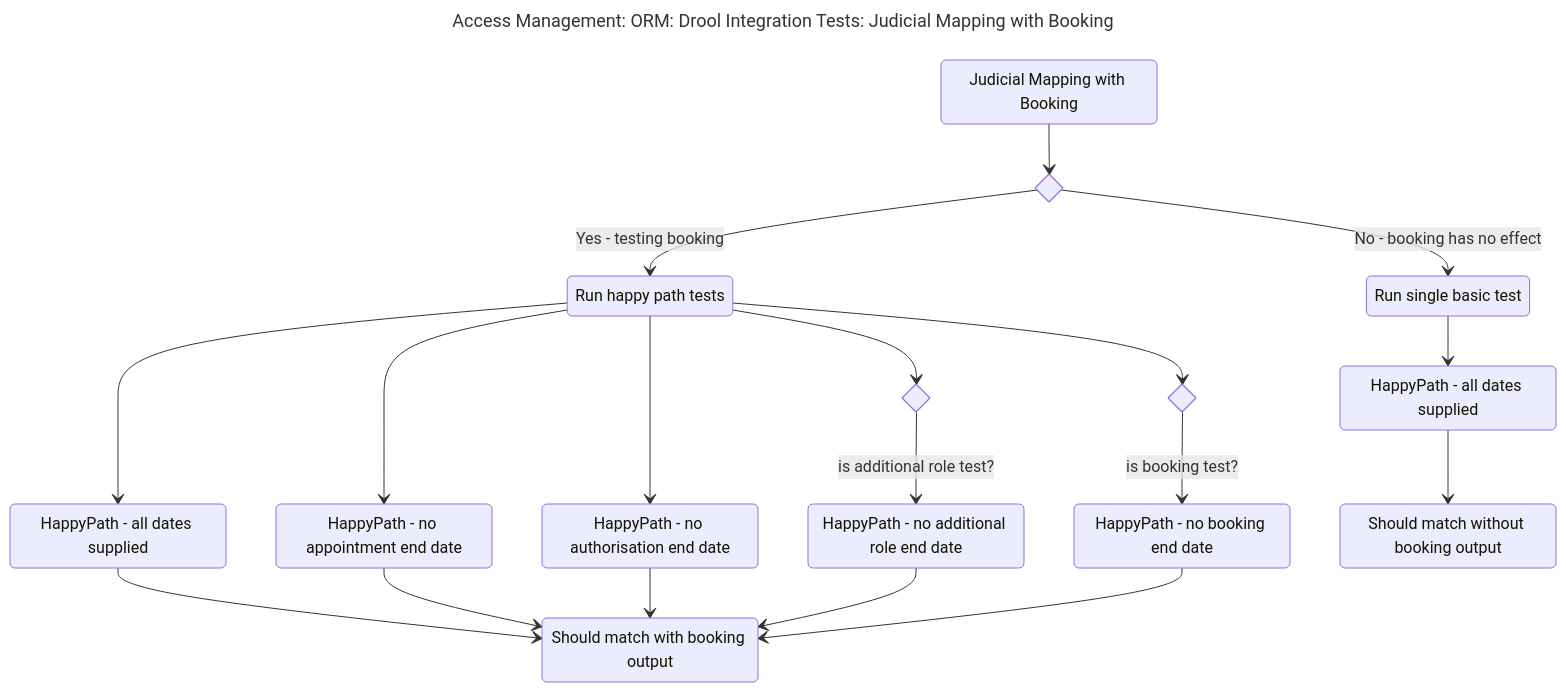
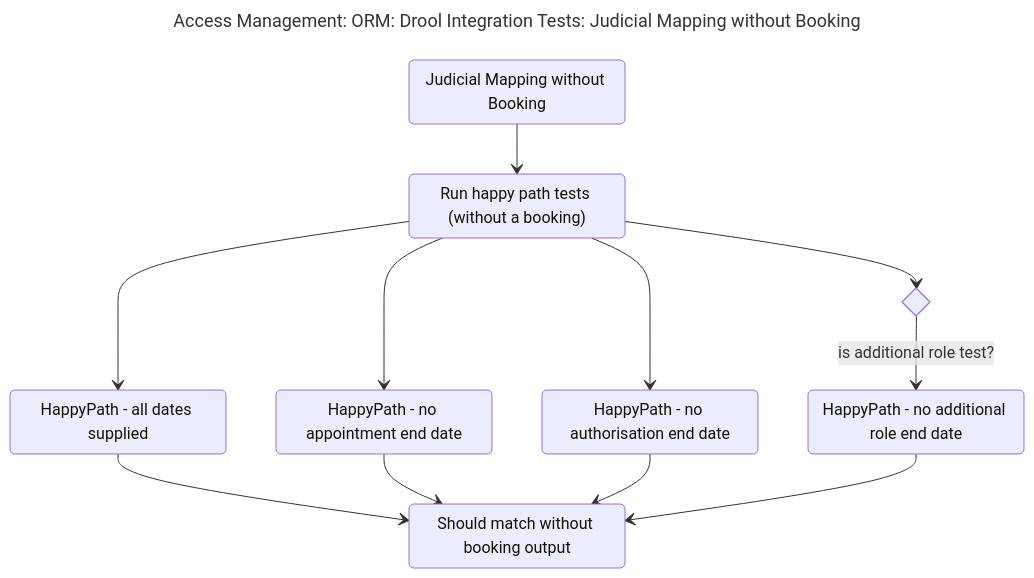
Before and after one commit to hmcts/am-org-role-mapping-service: the first of 3 diagrams in src/integrationTest/resources/DroolTests/README.md, drawn with Mermaid.

Commit message:
DTSAM-604 Adjust README for Drool IT framework
   [DTSAM-604](https://tools.hmcts.net/jira/browse/DTSAM-604)

Adjust README for Drool Integration Tests framework.

````diff
--- a/src/integrationTest/resources/DroolTests/README.md
+++ b/src/integrationTest/resources/DroolTests/README.md
@@ -8,54 +8,37 @@
 ```mermaid
 ---
-title: "Access Management: ORM: Drool Integration Tests: Judicial Mapping with Booking"
+title: "Access Management: ORM: Drool Integration Tests: Judicial Mapping without Booking"
 ---
 stateDiagram-v2
 
-    MappingTests ::: test : Judicial Mapping with Booking
+    MappingTests ::: test : Judicial Mapping without Booking
 
-    RunHappyPaths ::: testRun : Run happy path tests
-    RunBasicTest ::: testRun : Run single basic test
+    RunHappyPaths ::: testRun : Run happy path tests (without a booking)
 
     HappyPath1 ::: scenario : HappyPath - all dates supplied 
     HappyPath2 ::: scenario : HappyPath - no appointment end date
     HappyPath3 ::: scenario : HappyPath - no authorisation end date
     HappyPath4 ::: scenario : HappyPath - no additional role end date
-    HappyPath5 ::: scenario : HappyPath - no booking end date
 
-    HappyPathBasic ::: scenario : HappyPath - all dates supplied 
-
-    shouldMatchWithBookingOutput ::: result : Should match with booking output
     shouldMatchWithoutBookingOutput ::: result : Should match without booking output
 
-    state using_booking <<choice>>
-    state is_booking_test <<choice>>
     state is_additional_role_test <<choice>>
 
-    MappingTests --> using_booking
-
-    using_booking --> RunHappyPaths: Yes - testing booking
-    using_booking --> RunBasicTest: No - booking has no effect
-
-    RunBasicTest --> HappyPathBasic
+    MappingTests --> RunHappyPaths
 
     RunHappyPaths --> HappyPath1
     RunHappyPaths --> HappyPath2
     RunHappyPaths --> HappyPath3
     RunHappyPaths --> is_additional_role_test
     is_additional_role_test --> HappyPath4: is additional role test?
-    RunHappyPaths --> is_booking_test
-    is_booking_test --> HappyPath5: is booking test?
 
-    HappyPath1 --> shouldMatchWithBookingOutput
-    HappyPath2 --> shouldMatchWithBookingOutput
-    HappyPath3 --> shouldMatchWithBookingOutput
-    HappyPath4 --> shouldMatchWithBookingOutput
-    HappyPath5 --> shouldMatchWithBookingOutput
-
-    HappyPathBasic --> shouldMatchWithoutBookingOutput
+    HappyPath1 --> shouldMatchWithoutBookingOutput
+    HappyPath2 --> shouldMatchWithoutBookingOutput
+    HappyPath3 --> shouldMatchWithoutBookingOutput
+    HappyPath4 --> shouldMatchWithoutBookingOutput
 
     classDef testRun fill:orange
     classDef test fill:white
     classDef result fill:green,color:white
     classDef scenario fill:navy,color:white
 ```
````
